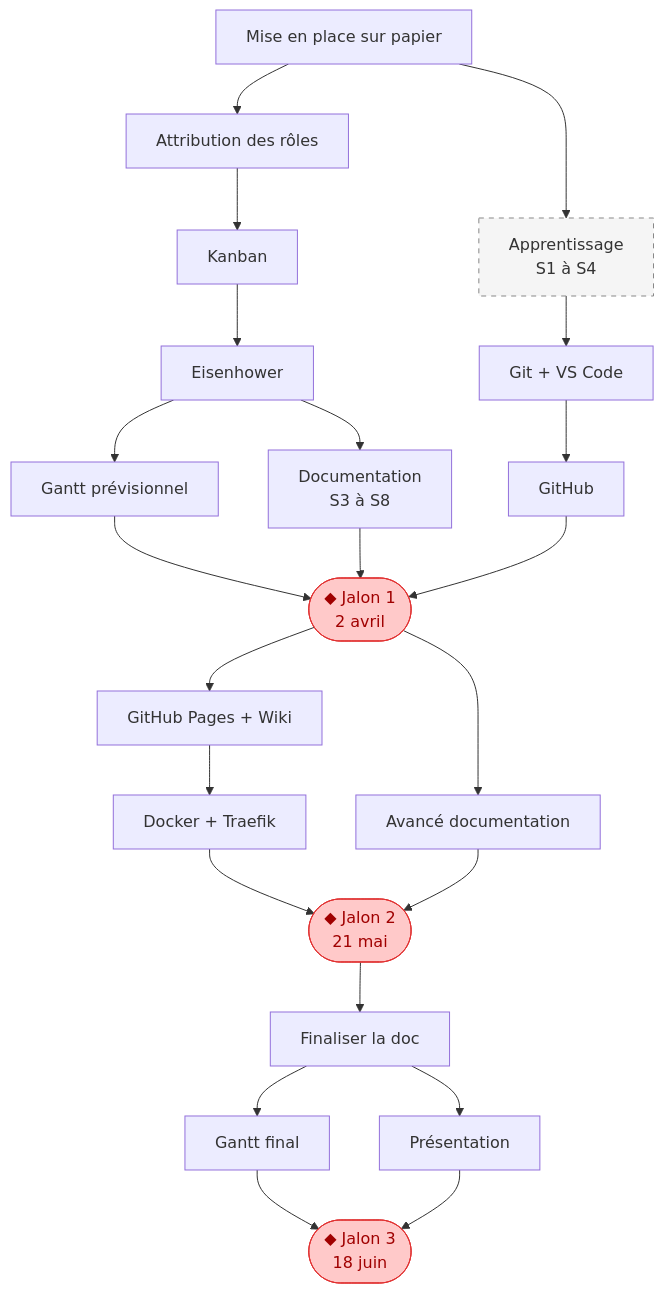
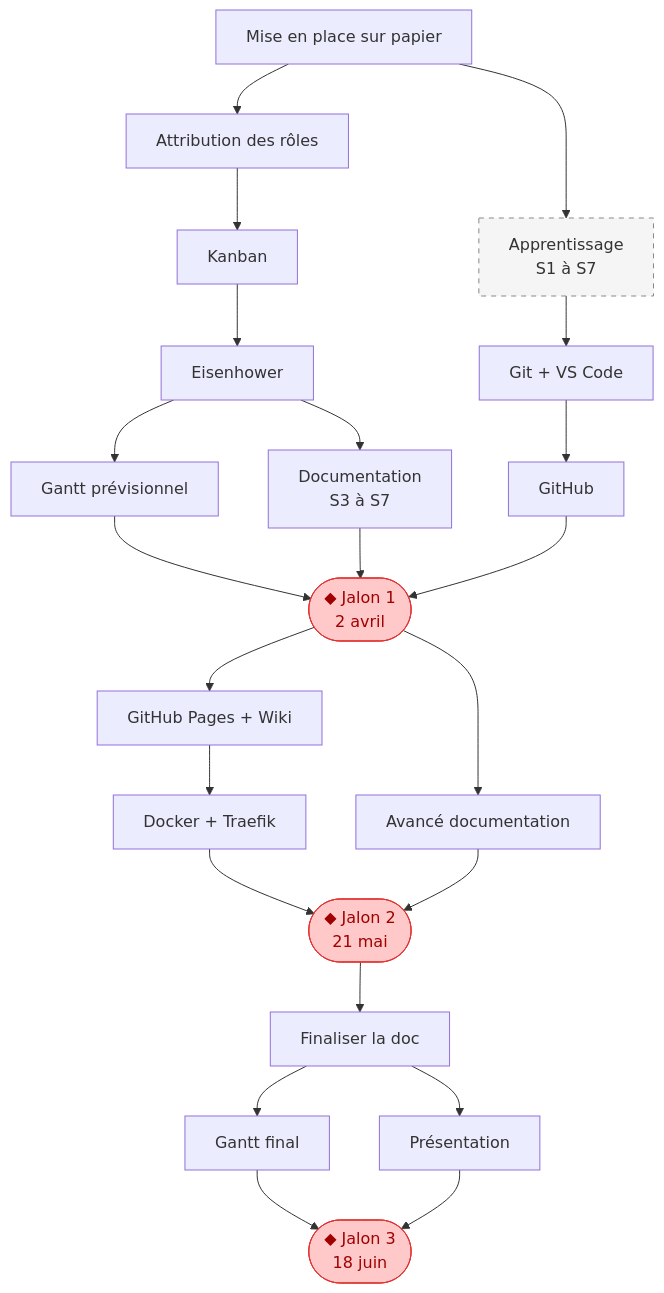
One commit to Snaky21/projet-m431_wiki-v2 changed the diagram in docs/index.md. Above: the diagram before and after it, drawn with Mermaid. The commit also changed other lines of this file, not shown here.

````diff
--- a/docs/index.md
+++ b/docs/index.md
@@ -65,43 +65,43 @@
 ```mermaid
 flowchart TD
     A[Mise en place sur papier] --> B[Attribution des rôles]
     A --> APP[Apprentissage
-    S1 à S4]
+    S1 à S7]
 
     B --> C[Kanban]
     C --> D[Eisenhower]
     D --> E[Gantt prévisionnel]
     D --> F[Documentation
-    S3 à S8]
+    S3 à S7]
 
     APP --> G[Git + VS Code]
     G --> H[GitHub]
 
     E --> J1
     H --> J1
     F --> J1
 
     J1([◆ Jalon 1
     2 avril]) --> I[GitHub Pages + Wiki]
     J1 --> L[Avancé documentation]
     I --> K[Docker + Traefik]
 
     K --> J2
     L --> J2
 
     J2([◆ Jalon 2
     21 mai]) --> M[Finaliser la doc]
     M --> N[Gantt final]
     M --> O[Présentation]
 
     N --> J3
     O --> J3
 
     J3([◆ Jalon 3
     18 juin])
 
     style J1 fill:#ffc9c9,stroke:#e03131,color:#a00000
     style J2 fill:#ffc9c9,stroke:#e03131,color:#a00000
     style J3 fill:#ffc9c9,stroke:#e03131,color:#a00000
     style APP fill:#f5f5f5,stroke:#888,stroke-dasharray:5 5
 ```
````
